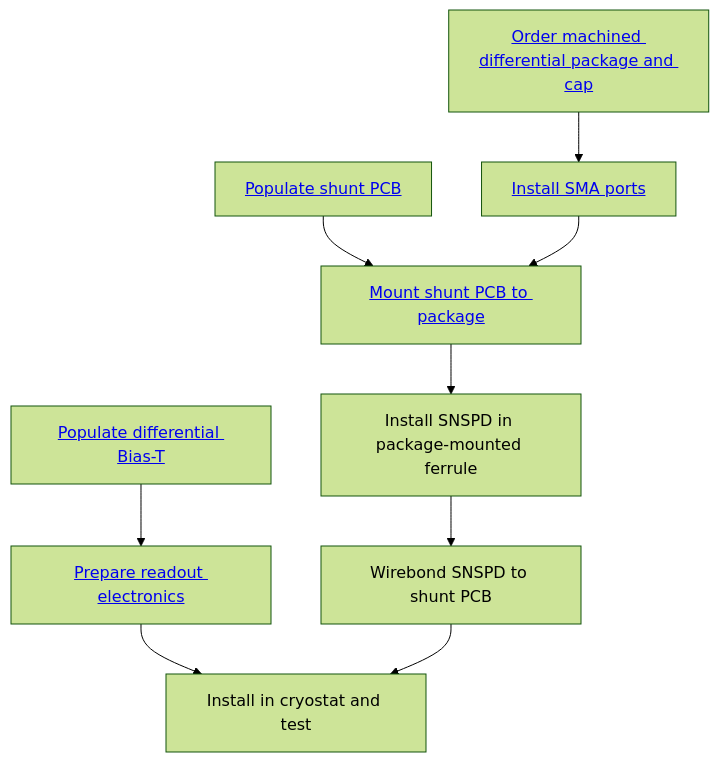
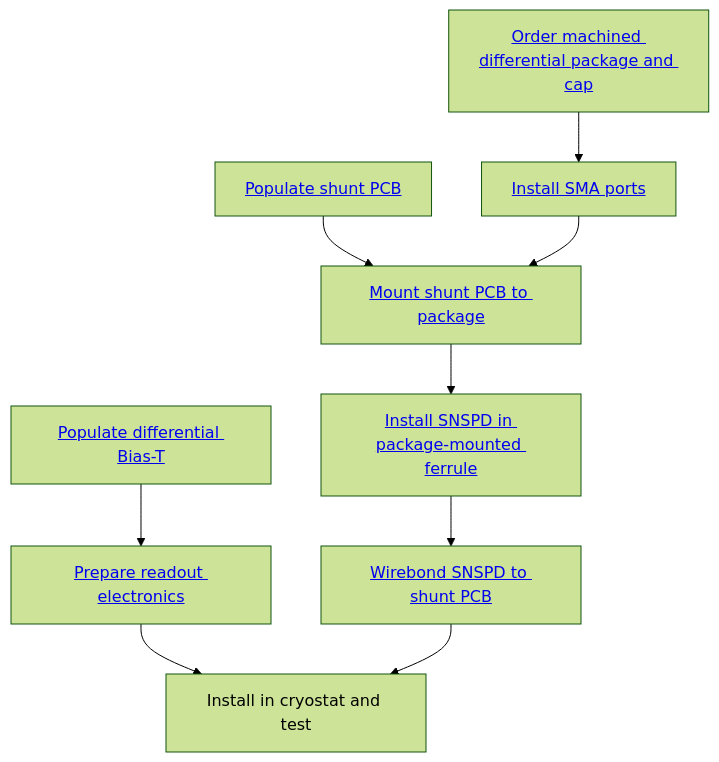
The diagram in docs/index.md (sansseriff/nbn_diff), drawn with Mermaid (forest theme) before and after one commit. The commit also changed other lines of this file and 9 other files, not shown here.

````diff
--- a/docs/index.md
+++ b/docs/index.md
@@ -11,11 +11,11 @@
 ```mermaid
 graph TD
     G[<a href='./packaging/#shunt-PCB'>Populate shunt PCB</a>] --> B
     EE[<a href='./readout/#apply-solder-mask'>Populate differential Bias-T</a>] --> E[<a href='./readout/#readout'>Prepare readout electronics</a>]
     E --> F[Install in cryostat and test]
     AA[<a href='./mechanics/#detector-packages-with-sapphire-rods'>Order machined differential package and cap</a>] -->A[<a href='./mechanics/#install-sma-ports'>Install SMA ports</a>]
     A --> B[<a href='./packaging/#install-shunt-pcb'>Mount shunt PCB to package</a>]
-    B --> C[Install SNSPD in package-mounted ferrule]
-    C --> D[Wirebond SNSPD to shunt PCB]
+    B --> C[<a href='./packaging/#packaging'>Install SNSPD in package-mounted ferrule</a>]
+    C --> D[<a href='./packaging/#wire-bonding'>Wirebond SNSPD to shunt PCB</a>]
     D --> F
 ```
````
